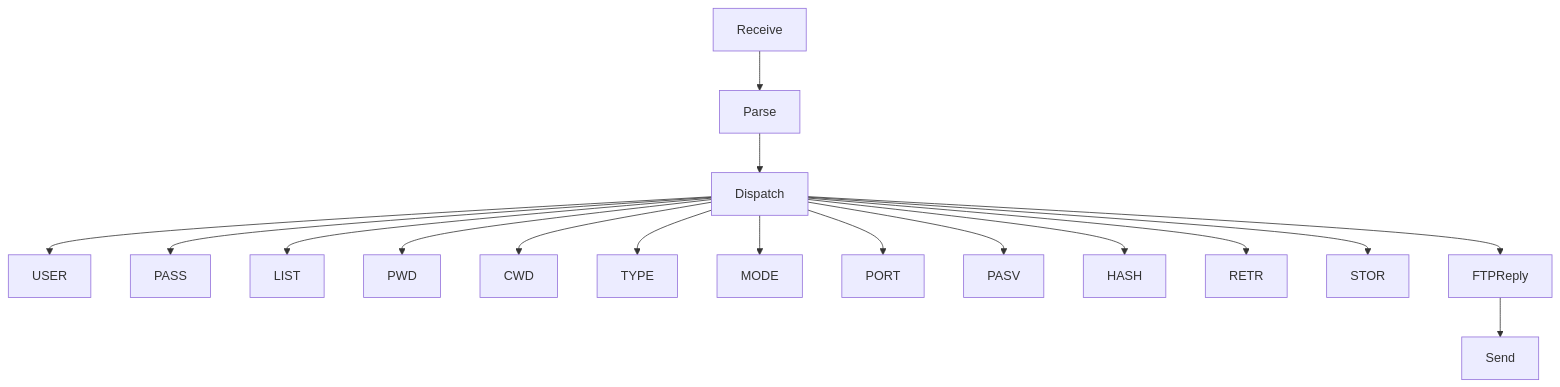
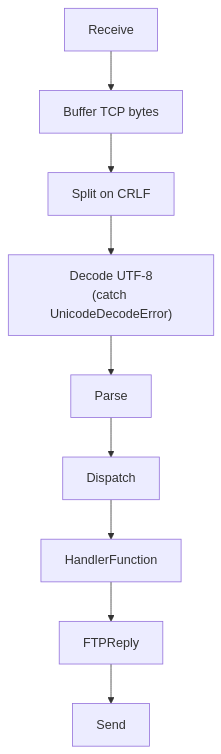
The second of 6 diagrams in docs/report_role_a_week2.md (DrakyNeUwU/Hybrid-FTP-Socket), drawn with Mermaid before and after one commit. The commit also changed other lines of this file and 6 other files, not shown here.

Commit message:
[role-a] refactor command handler, TCP framing, auth reset, and audit fixes

````diff
--- a/docs/report_role_a_week2.md
+++ b/docs/report_role_a_week2.md
@@ -196,35 +198,19 @@
 ```mermaid
 flowchart TD
 
-Receive --> Parse
+Receive --> Buffer["Buffer TCP bytes"]
+
+Buffer --> SplitCRLF["Split on CRLF"]
+
+SplitCRLF --> Decode["Decode UTF-8\n(catch UnicodeDecodeError)"]
+
+Decode --> Parse
 
 Parse --> Dispatch
 
-Dispatch --> USER
+Dispatch --> HandlerFunction
 
-Dispatch --> PASS
-
-Dispatch --> LIST
-
-Dispatch --> PWD
-
-Dispatch --> CWD
-
-Dispatch --> TYPE
-
-Dispatch --> MODE
-
-Dispatch --> PORT
-
-Dispatch --> PASV
-
-Dispatch --> HASH
-
-Dispatch --> RETR
-
-Dispatch --> STOR
-
-Dispatch --> FTPReply
+HandlerFunction --> FTPReply
 
 FTPReply --> Send
 ```
````
